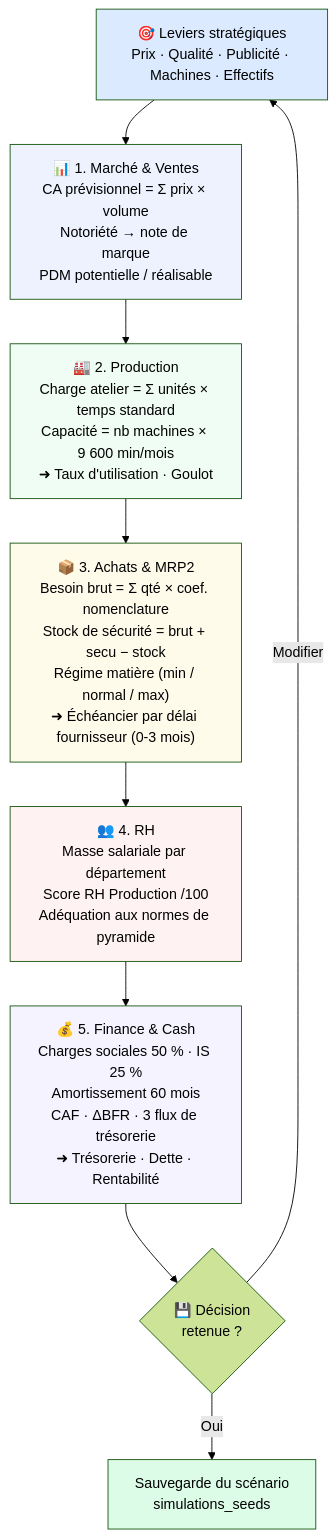
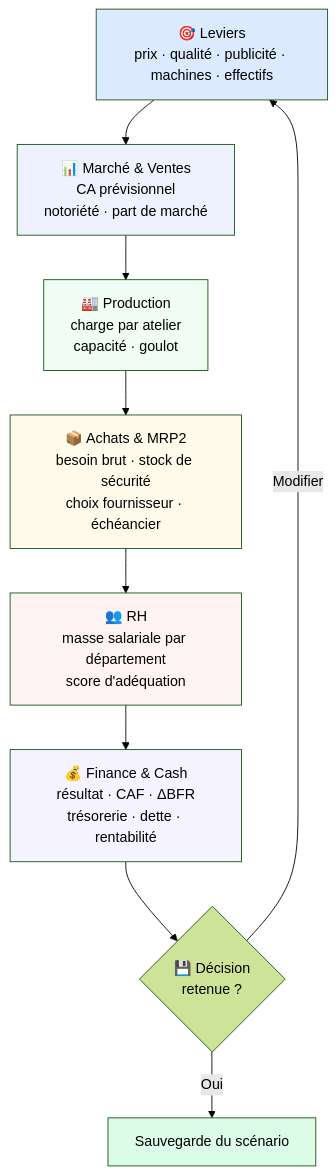
One commit to Rami5090/erp-subakoua changed the second of 2 diagrams in README.md. Above: the diagram before and after it, drawn with Mermaid (forest theme). The commit also changed other lines of this file, not shown here.

````diff
--- a/README.md
+++ b/README.md
@@ -393,35 +210,24 @@
 ```mermaid
 flowchart TD
-    START["🎯 Leviers stratégiques<br/>Prix · Qualité · Publicité · Machines · Effectifs"] --> MKT
-
-    MKT["📊 1. Marché & Ventes<br/>CA prévisionnel = Σ prix × volume<br/>Notoriété → note de marque<br/>PDM potentielle / réalisable"]
-
+    START["🎯 Leviers<br/>prix · qualité · publicité · machines · effectifs"] --> MKT
+    MKT["📊 Marché & Ventes<br/>CA prévisionnel<br/>notoriété · part de marché"]
     MKT --> PROD
-
-    PROD["🏭 2. Production<br/>Charge atelier = Σ unités × temps standard<br/>Capacité = nb machines × 9 600 min/mois<br/>➜ Taux d'utilisation · Goulot"]
-
+    PROD["🏭 Production<br/>charge par atelier<br/>capacité · goulot"]
     PROD --> MRP
-
-    MRP["📦 3. Achats & MRP2<br/>Besoin brut = Σ qté × coef. nomenclature<br/>Stock de sécurité = brut + secu − stock<br/>Régime matière (min / normal / max)<br/>➜ Échéancier par délai fournisseur (0-3 mois)"]
-
+    MRP["📦 Achats & MRP2<br/>besoin brut · stock de sécurité<br/>choix fournisseur · échéancier"]
     MRP --> RH
-
-    RH["👥 4. RH<br/>Masse salariale par département<br/>Score RH Production /100<br/>Adéquation aux normes de pyramide"]
-
+    RH["👥 RH<br/>masse salariale par département<br/>score d'adéquation"]
     RH --> FIN
-
-    FIN["💰 5. Finance & Cash<br/>Charges sociales 50 % · IS 25 %<br/>Amortissement 60 mois<br/>CAF · ΔBFR · 3 flux de trésorerie<br/>➜ Trésorerie · Dette · Rentabilité"]
-
-    FIN --> DEC
-    DEC{"💾 Décision<br/>retenue ?"}
-    DEC -->|Oui| SAVE["Sauvegarde du scénario<br/>simulations_seeds"]
+    FIN["💰 Finance & Cash<br/>résultat · CAF · ΔBFR<br/>trésorerie · dette · rentabilité"]
+    FIN --> DEC{"💾 Décision<br/>retenue ?"}
+    DEC -->|Oui| SAVE["Sauvegarde du scénario"]
     DEC -->|Modifier| START
 
     style START fill:#dbeafe
     style MKT fill:#eef2ff
     style PROD fill:#f0fdf4
     style MRP fill:#fffbeb
     style RH fill:#fef2f2
     style FIN fill:#f5f3ff
     style SAVE fill:#dcfce7
 ```
````
